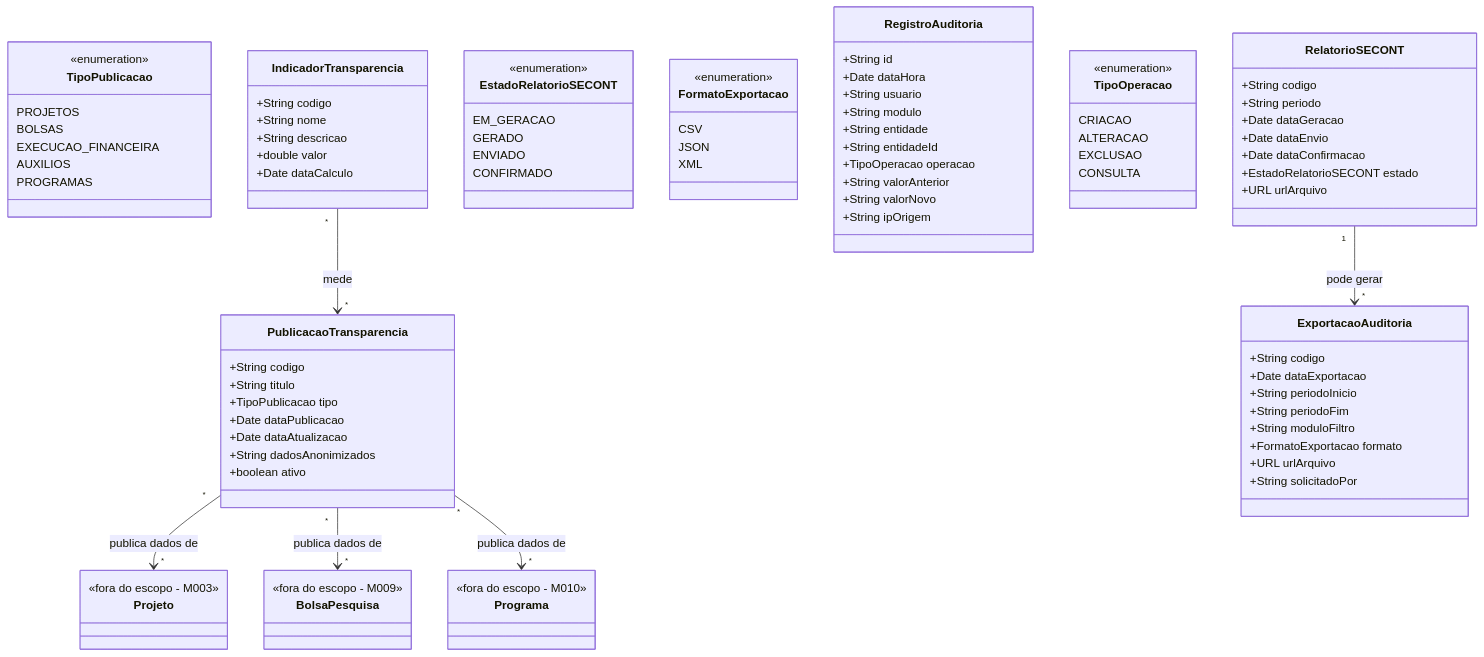
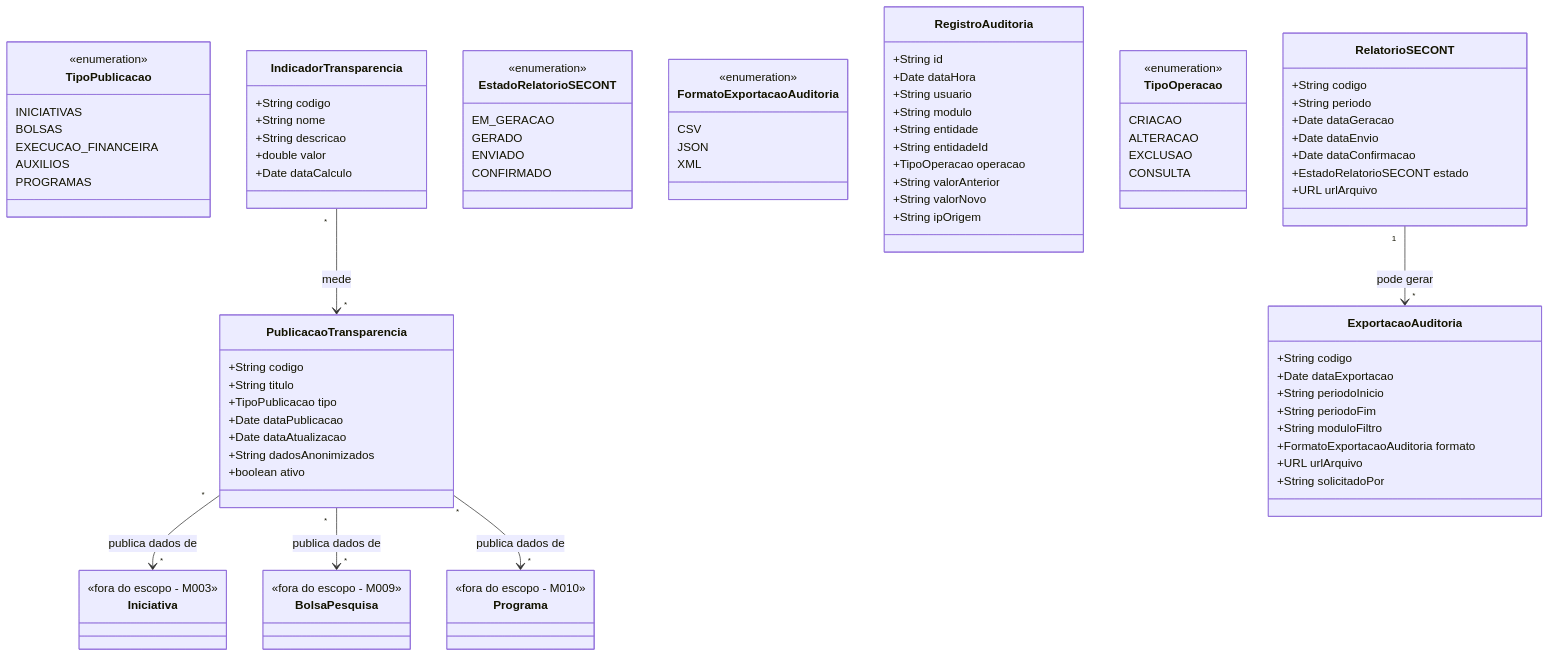
One commit to Czzped/conecta-fapes-teste changed the diagram in docs/implementation/modules/M019-transparencia-auditoria/modelo-estrutural.md. Above: the diagram before and after it, drawn with Mermaid. The commit also changed other lines of this file and 111 other files, not shown here.

```diff
--- a/docs/implementation/modules/M019-transparencia-auditoria/modelo-estrutural.md
+++ b/docs/implementation/modules/M019-transparencia-auditoria/modelo-estrutural.md
@@ -20,7 +20,7 @@
 
     class TipoPublicacao {
         <<enumeration>>
-        PROJETOS
+        INICIATIVAS
         BOLSAS
         EXECUCAO_FINANCEIRA
         AUXILIOS
@@ -51,12 +51,12 @@
         +String periodoInicio
         +String periodoFim
         +String moduloFiltro
-        +FormatoExportacao formato
+        +FormatoExportacaoAuditoria formato
         +URL urlArquivo
         +String solicitadoPor
     }
 
-    class FormatoExportacao {
+    class FormatoExportacaoAuditoria {
         <<enumeration>>
         CSV
         JSON
@@ -96,7 +96,7 @@
         <<fora do escopo - M010>>
     }
 
-    class Projeto {
+    class Iniciativa {
         <<fora do escopo - M003>>
     }
 
@@ -104,7 +104,7 @@
         <<fora do escopo - M009>>
     }
 
-    PublicacaoTransparencia "*" --> "*" Projeto : publica dados de
+    PublicacaoTransparencia "*" --> "*" Iniciativa : publica dados de
     PublicacaoTransparencia "*" --> "*" BolsaPesquisa : publica dados de
     PublicacaoTransparencia "*" --> "*" Programa : publica dados de
     RelatorioSECONT "1" --> "*" ExportacaoAuditoria : pode gerar
```
